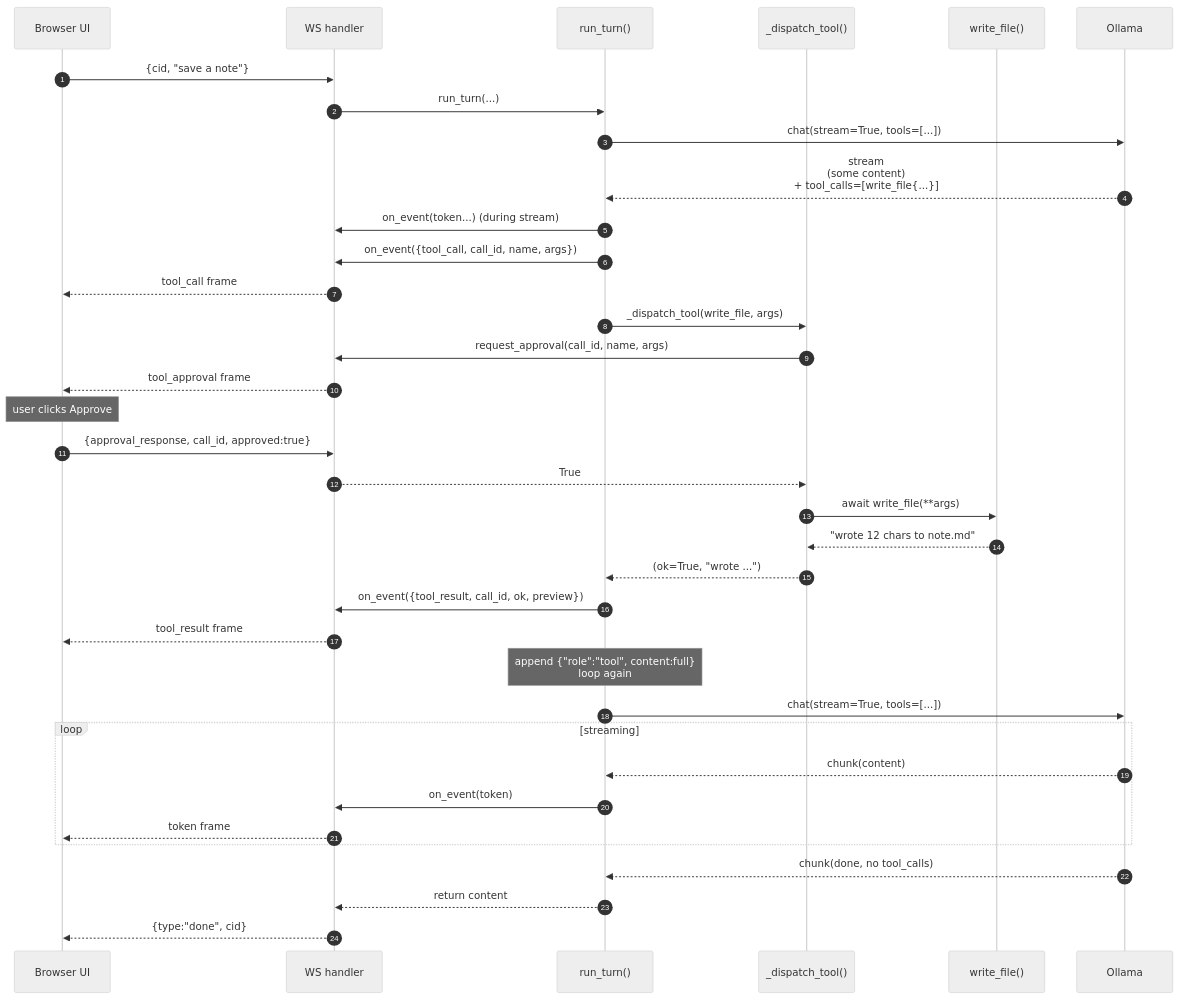
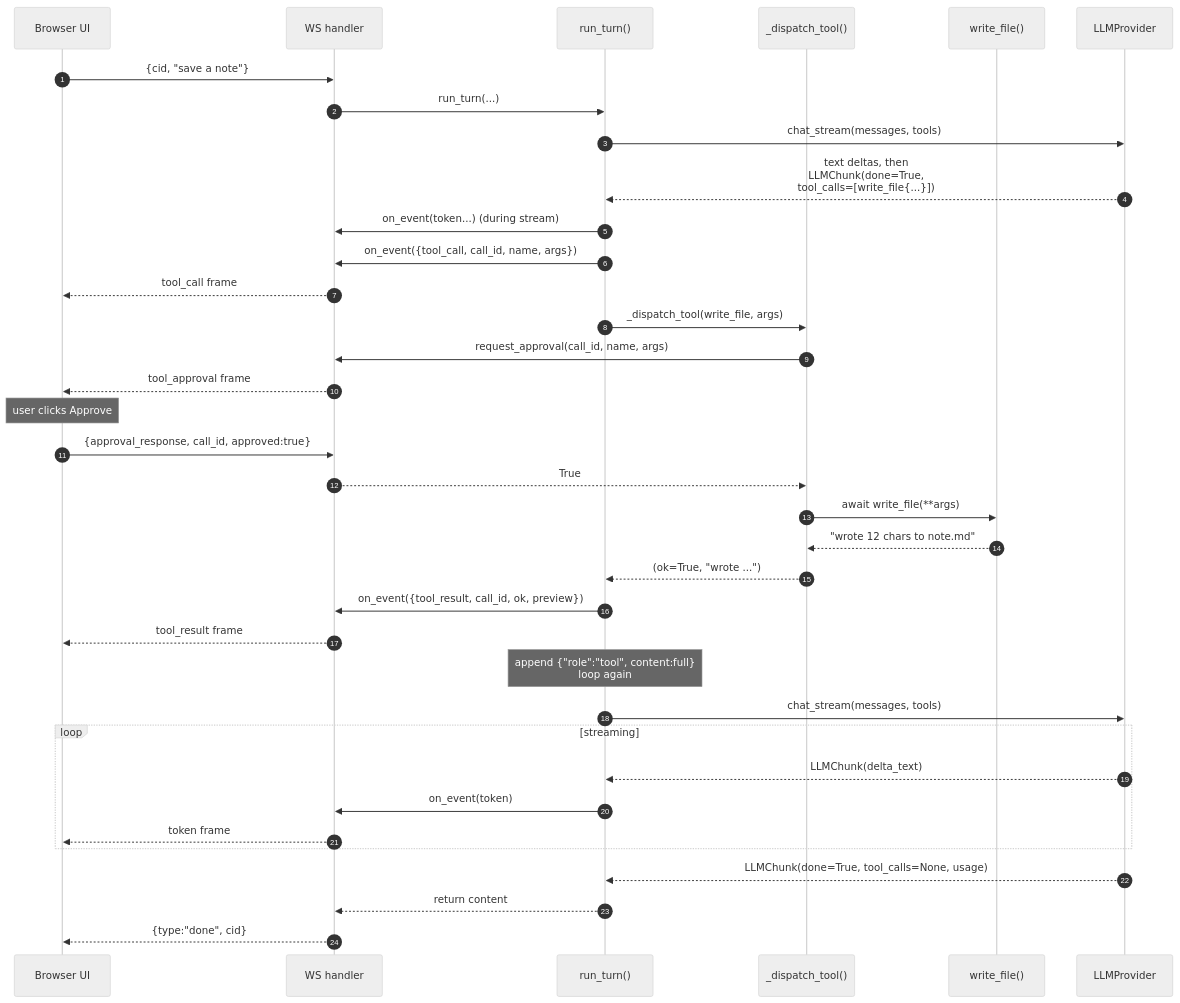
The fifth of 15 diagrams in docs/design/LLD.md (fhdbbk/personal-agent), drawn with Mermaid (neutral theme) before and after one commit. The commit also changed other lines of this file and 29 other files, not shown here.

````diff
--- a/docs/design/LLD.md
+++ b/docs/design/LLD.md
@@ -342,39 +407,39 @@
 ```mermaid
 sequenceDiagram
     autonumber
     participant UI as Browser UI
     participant API as WS handler
     participant RunTurn as run_turn()
     participant Disp as _dispatch_tool()
     participant Tool as write_file()
-    participant Ollama
+    participant LLM as LLMProvider
 
     UI->>API: {cid, "save a note"}
     API->>RunTurn: run_turn(...)
-    RunTurn->>Ollama: chat(stream=True, tools=[...])
-    Ollama-->>RunTurn: stream<br/>(some content)<br/>+ tool_calls=[write_file{...}]
+    RunTurn->>LLM: chat_stream(messages, tools)
+    LLM-->>RunTurn: text deltas, then<br/>LLMChunk(done=True,<br/>tool_calls=[write_file{...}])
     RunTurn->>API: on_event(token...) (during stream)
     RunTurn->>API: on_event({tool_call, call_id, name, args})
     API-->>UI: tool_call frame
     RunTurn->>Disp: _dispatch_tool(write_file, args)
     Disp->>API: request_approval(call_id, name, args)
     API-->>UI: tool_approval frame
     Note over UI: user clicks Approve
     UI->>API: {approval_response, call_id, approved:true}
     API-->>Disp: True
     Disp->>Tool: await write_file(**args)
     Tool-->>Disp: "wrote 12 chars to note.md"
     Disp-->>RunTurn: (ok=True, "wrote ...")
     RunTurn->>API: on_event({tool_result, call_id, ok, preview})
     API-->>UI: tool_result frame
     Note over RunTurn: append {"role":"tool", content:full}<br/>loop again
-    RunTurn->>Ollama: chat(stream=True, tools=[...])
+    RunTurn->>LLM: chat_stream(messages, tools)
     loop streaming
-        Ollama-->>RunTurn: chunk(content)
+        LLM-->>RunTurn: LLMChunk(delta_text)
         RunTurn->>API: on_event(token)
         API-->>UI: token frame
     end
-    Ollama-->>RunTurn: chunk(done, no tool_calls)
+    LLM-->>RunTurn: LLMChunk(done=True, tool_calls=None, usage)
     RunTurn-->>API: return content
     API-->>UI: {type:"done", cid}
 ```
````
